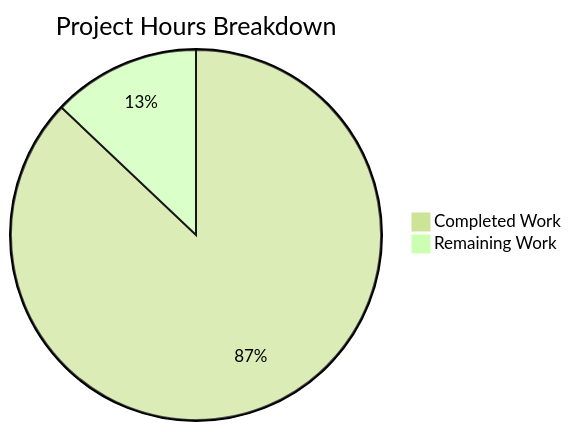
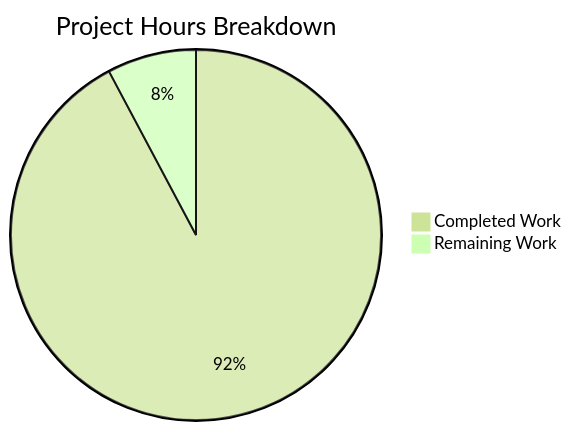
The second of 2 diagrams in blitzy/documentation/Project Guide.md (gophc/blitzy-c-compiler), drawn with Mermaid (forest theme) before and after one commit. The commit also changed other lines of this file, not shown here.

Commit message:
Adding Blitzy Project Guide: Project Status and Human Tasks Remaining

````diff
--- a/blitzy/documentation/Project Guide.md
+++ b/blitzy/documentation/Project Guide.md
@@ -236,5 +238,5 @@
 ```mermaid
 pie title Project Hours Breakdown
-    "Completed Work" : 620
-    "Remaining Work" : 92
+    "Completed Work" : 664
+    "Remaining Work" : 56
 ```
````
